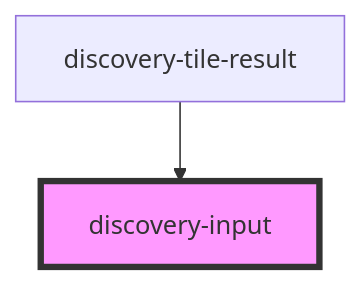
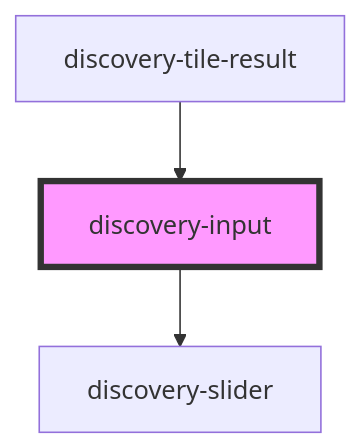
One commit to senx/discovery-widgets changed the diagram in src/components/discovery-input/readme.md. Above: the diagram before and after it, drawn with Mermaid. The commit also changed other lines of this file and 14 other files, not shown here.

Commit message:
Migrate slider input to slider component

````diff
--- a/src/components/discovery-input/readme.md
+++ b/src/components/discovery-input/readme.md
@@ -51,5 +55,6 @@
 ```mermaid
 graph TD;
+  discovery-input --> discovery-slider
   discovery-tile-result --> discovery-input
   style discovery-input fill:#f9f,stroke:#333,stroke-width:4px
 ```
````
